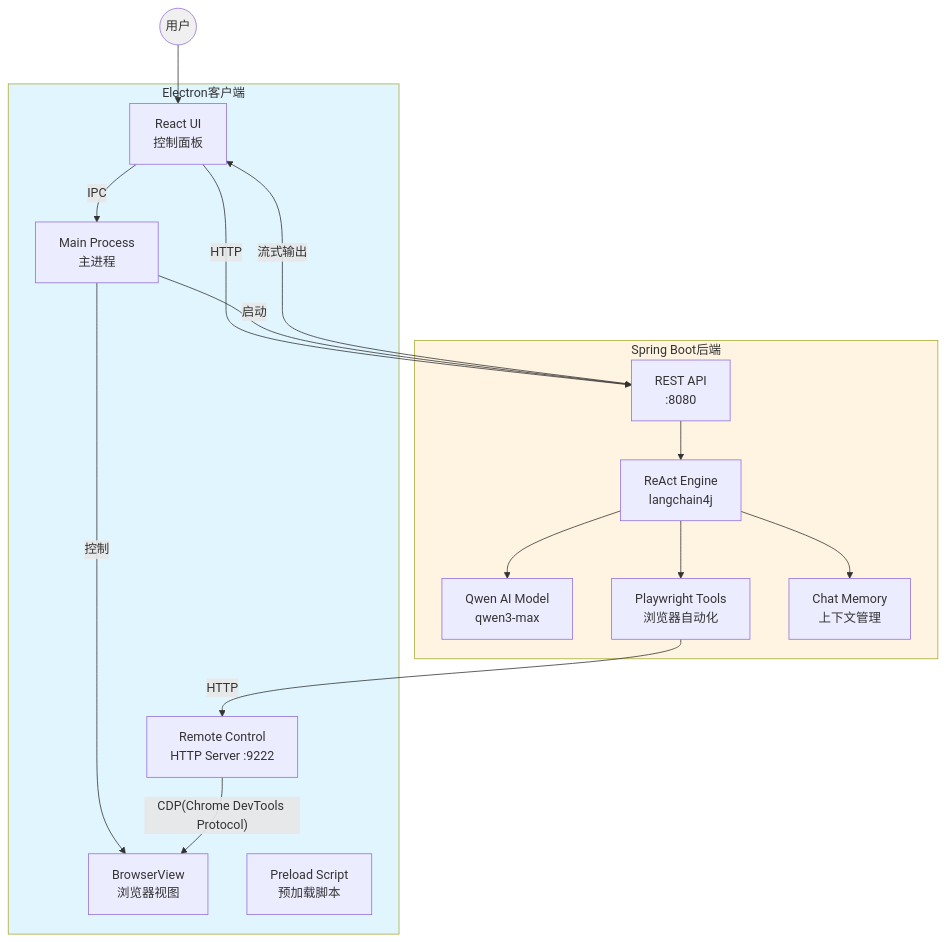
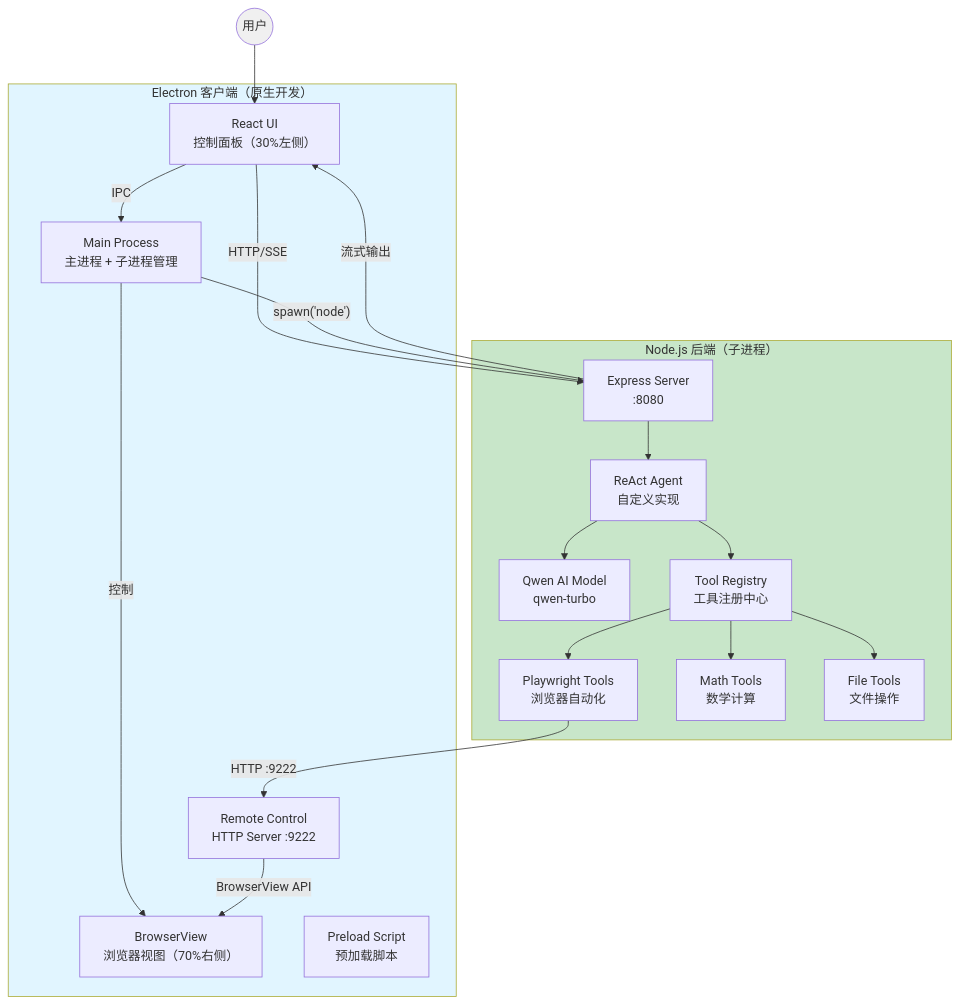
One commit to 1018053166/ReActAgentDemo changed the first of 4 diagrams in README.md. Above: the diagram before and after it, drawn with Mermaid. The commit also changed other lines of this file and 51 other files, not shown here.

````diff
--- a/README.md
+++ b/README.md
@@ -10,35 +12,39 @@
 ```mermaid
 graph TB
-    subgraph electron["Electron客户端"]
-        UI["React UI<br/>控制面板"]
-        BV["BrowserView<br/>浏览器视图"]
-        Main["Main Process<br/>主进程"]
+    subgraph electron["Electron 客户端（原生开发）"]
+        UI["React UI<br/>控制面板（30%左侧）"]
+        BV["BrowserView<br/>浏览器视图（70%右侧）"]
+        Main["Main Process<br/>主进程 + 子进程管理"]
         Preload["Preload Script<br/>预加载脚本"]
         Remote["Remote Control<br/>HTTP Server :9222"]
     end
     
-    subgraph springboot["Spring Boot后端"]
-        API["REST API<br/>:8080"]
-        ReAct["ReAct Engine<br/>langchain4j"]
-        Qwen["Qwen AI Model<br/>qwen3-max"]
-        Tools["Playwright Tools<br/>浏览器自动化"]
-        Memory["Chat Memory<br/>上下文管理"]
+    subgraph nodejs["Node.js 后端（子进程）"]
+        API["Express Server<br/>:8080"]
+        ReAct["ReAct Agent<br/>自定义实现"]
+        Qwen["Qwen AI Model<br/>qwen-turbo"]
+        Tools["Tool Registry<br/>工具注册中心"]
+        PlaywrightTools["Playwright Tools<br/>浏览器自动化"]
+        MathTools["Math Tools<br/>数学计算"]
+        FileTools["File Tools<br/>文件操作"]
     end
     
     User(("用户")) --> UI
     UI -->|"IPC"| Main
-    UI -->|"HTTP"| API
-    Main -->|"启动"| API
+    UI -->|"HTTP/SSE"| API
+    Main -->|"spawn('node')"| API
     Main -->|"控制"| BV
     API -->|"流式输出"| UI
     API --> ReAct
     ReAct --> Qwen
     ReAct --> Tools
-    ReAct --> Memory
-    Tools -->|"HTTP"| Remote
-    Remote -->|"CDP(Chrome DevTools Protocol)"| BV
+    Tools --> PlaywrightTools
+    Tools --> MathTools
+    Tools --> FileTools
+    PlaywrightTools -->|"HTTP :9222"| Remote
+    Remote -->|"BrowserView API"| BV
     
     style electron fill:#e1f5ff
-    style springboot fill:#fff4e1
+    style nodejs fill:#c8e6c9
     style User fill:#f0f0f0
 ```
````
